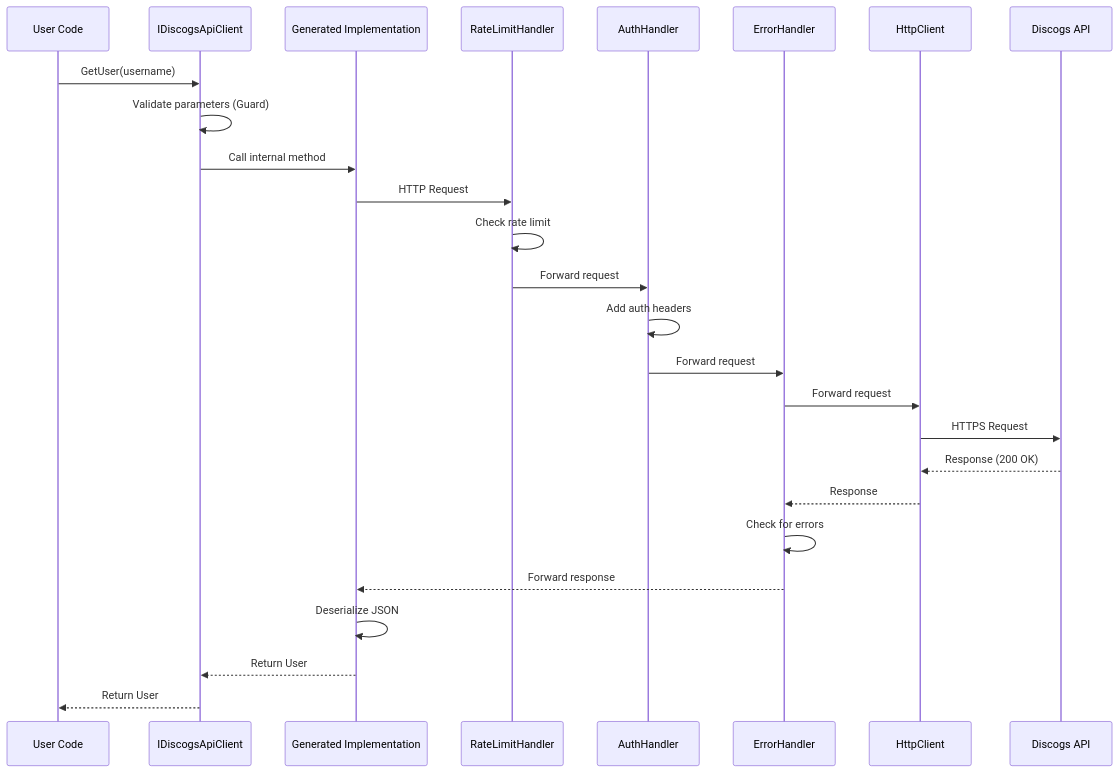
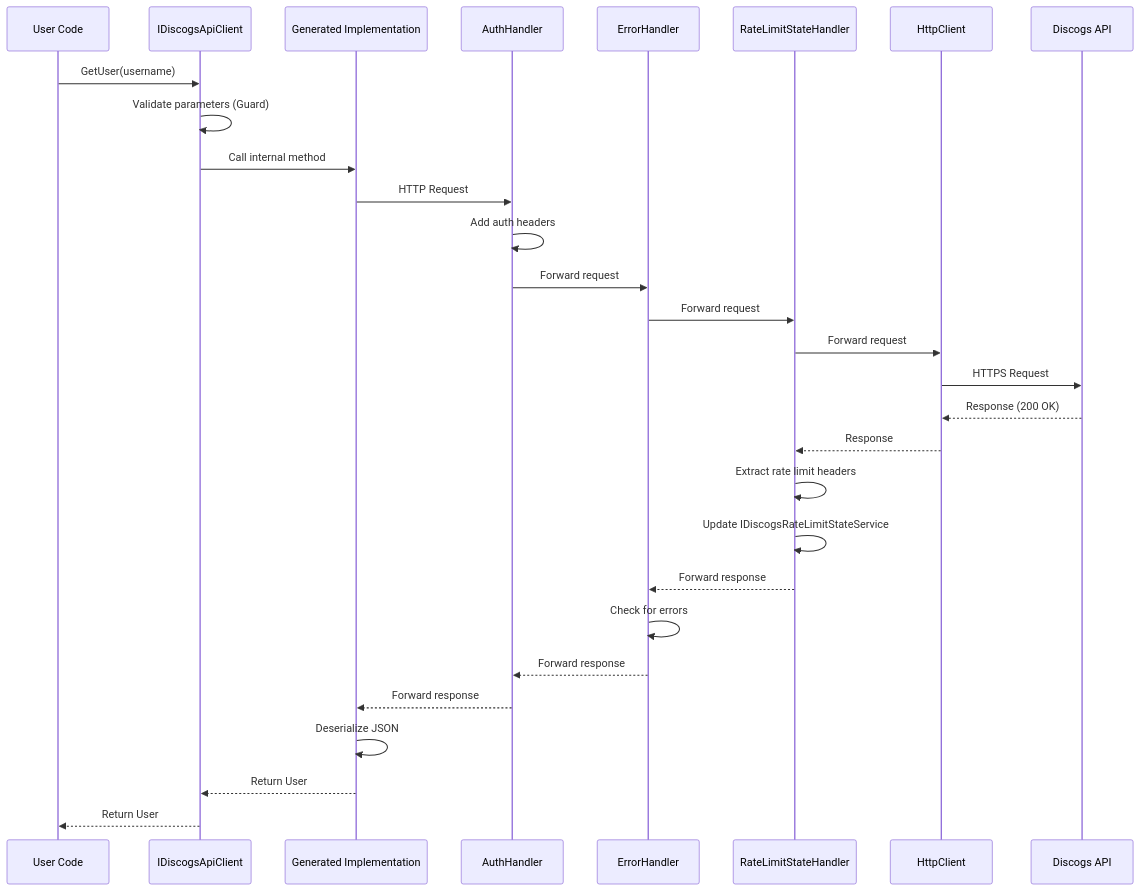
One commit to damidhagor/DiscogsApiClient changed the third of 4 diagrams in docs/ARCHITECTURE.md. Above: the diagram before and after it, drawn with Mermaid. The commit also changed other lines of this file and 377 other files, not shown here.

````diff
--- a/docs/ARCHITECTURE.md
+++ b/docs/ARCHITECTURE.md
@@ -386,29 +486,32 @@
 ```mermaid
 sequenceDiagram
     participant User as User Code
     participant API as IDiscogsApiClient
     participant Gen as Generated Implementation
-    participant RL as RateLimitHandler
     participant Auth as AuthHandler
     participant Error as ErrorHandler
+    participant RLS as RateLimitStateHandler
     participant HTTP as HttpClient
     participant Discogs as Discogs API
 
     User->>API: GetUser(username)
     API->>API: Validate parameters (Guard)
     API->>Gen: Call internal method
-    Gen->>RL: HTTP Request
-    RL->>RL: Check rate limit
-    RL->>Auth: Forward request
+    Gen->>Auth: HTTP Request
     Auth->>Auth: Add auth headers
     Auth->>Error: Forward request
-    Error->>HTTP: Forward request
+    Error->>RLS: Forward request
+    RLS->>HTTP: Forward request
     HTTP->>Discogs: HTTPS Request
     Discogs-->>HTTP: Response (200 OK)
-    HTTP-->>Error: Response
+    HTTP-->>RLS: Response
+    RLS->>RLS: Extract rate limit headers
+    RLS->>RLS: Update IDiscogsRateLimitStateService
+    RLS-->>Error: Forward response
     Error->>Error: Check for errors
-    Error-->>Gen: Forward response
+    Error-->>Auth: Forward response
+    Auth-->>Gen: Forward response
     Gen->>Gen: Deserialize JSON
     Gen-->>API: Return User
     API-->>User: Return User
 ```
````
